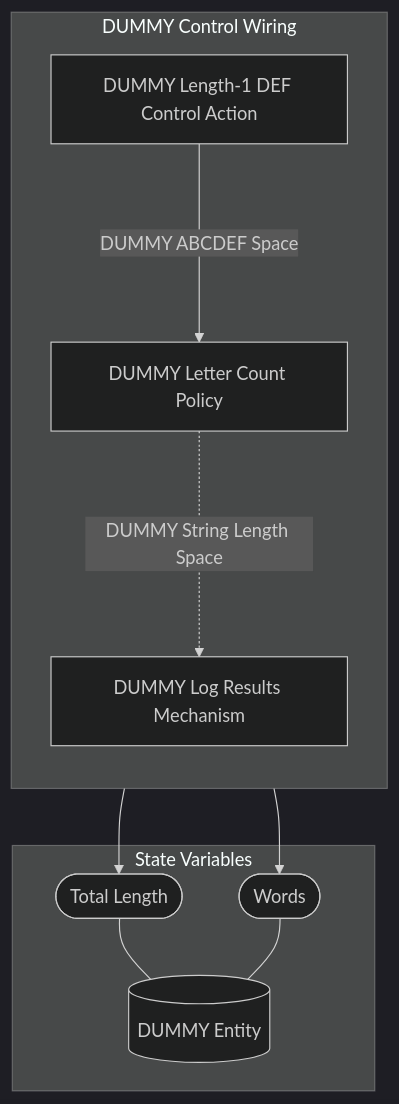
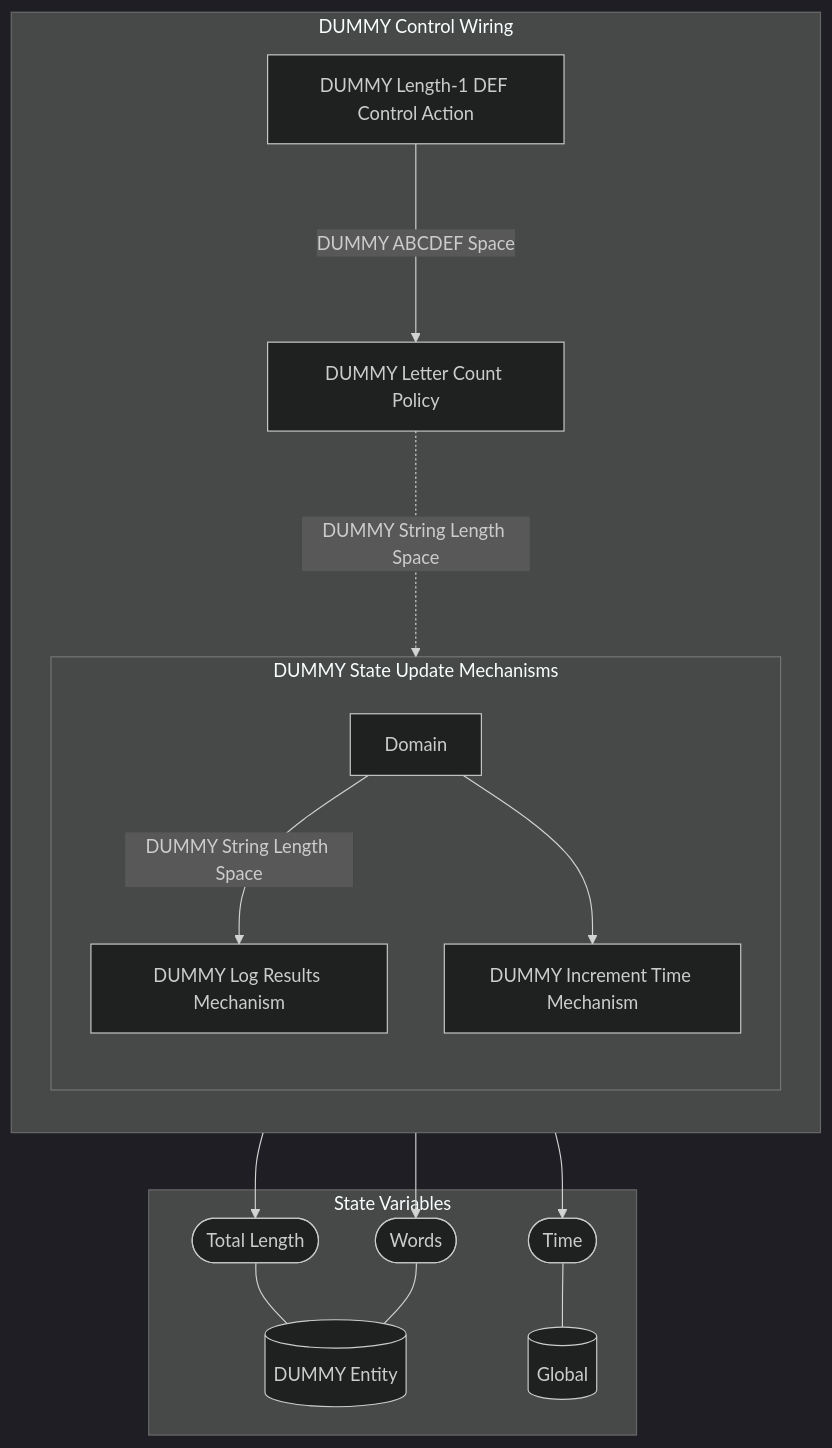
The diagram in reports/obsidian/Wiring/DUMMY Control Wiring.md (BlockScience/MSML-Template), drawn with Mermaid (dark theme) before and after one commit. The commit also changed other lines of this file and 13 other files, not shown here.

````diff
--- a/reports/obsidian/Wiring/DUMMY Control Wiring.md
+++ b/reports/obsidian/Wiring/DUMMY Control Wiring.md
@@ -3,22 +3,36 @@
 ```mermaid
 graph TB
 
 subgraph SVS["State Variables"]
 EE0[("DUMMY Entity")]
+EE1[("Global")]
 EES0(["Total Length"])
 EES0 --- EE0
 EES1(["Words"])
 EES1 --- EE0
+EES2(["Time"])
+EES2 --- EE1
 end
 
-subgraph X4["DUMMY Control Wiring"]
+subgraph X8["DUMMY Control Wiring"]
 direction TB
 X1["DUMMY Length-1 DEF Control Action"]
 X2["DUMMY Letter Count Policy"]
+subgraph X7["DUMMY State Update Mechanisms"]
+direction TB
 X3["DUMMY Log Results Mechanism"]
 X3 --> EES1
 X3 --> EES0
+X4["DUMMY Increment Time Mechanism"]
+X4 --> EES2
+X5[Domain]
+
+direction LR
+direction TB
+X5 --"DUMMY String Length Space"--> X3
+X5 --> X4
+end
 X1--"DUMMY ABCDEF Space"--->X2
-X2-."DUMMY String Length Space"..->X3
+X2-."DUMMY String Length Space"..->X7
 end
 ```
````
